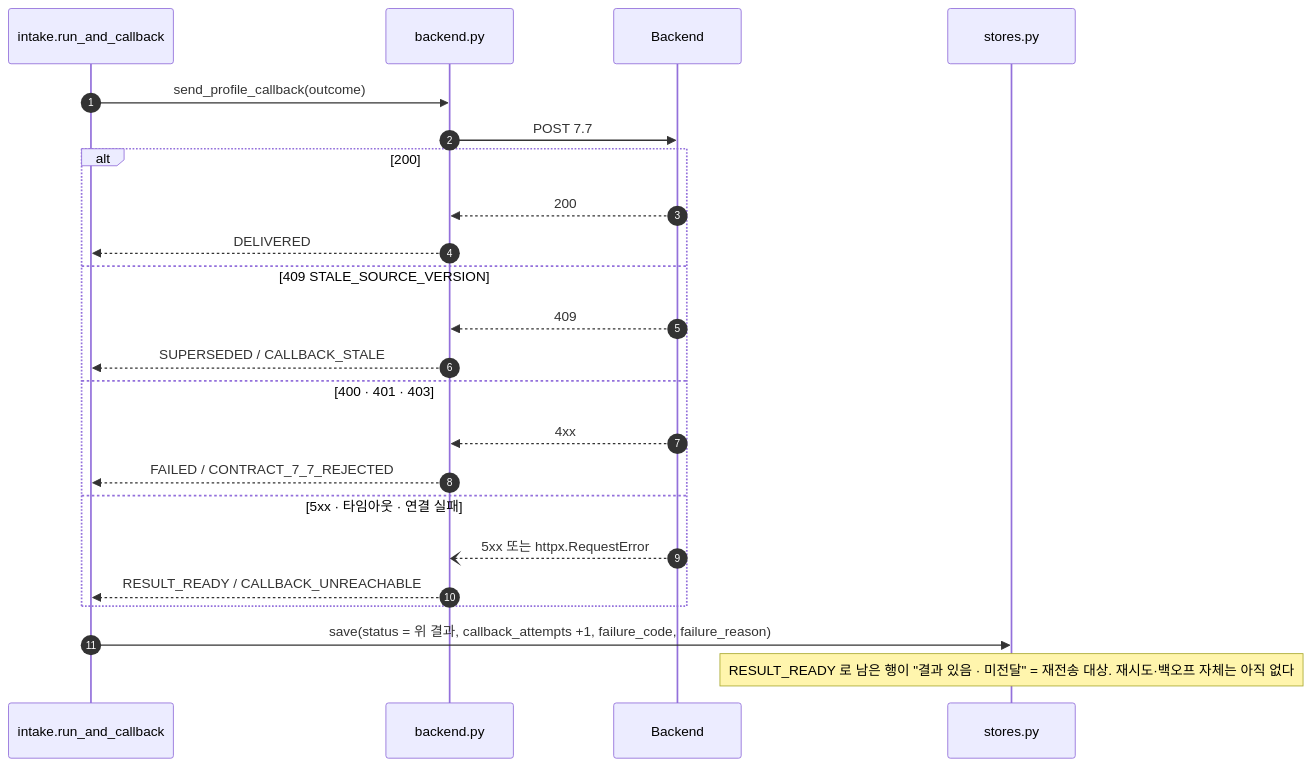
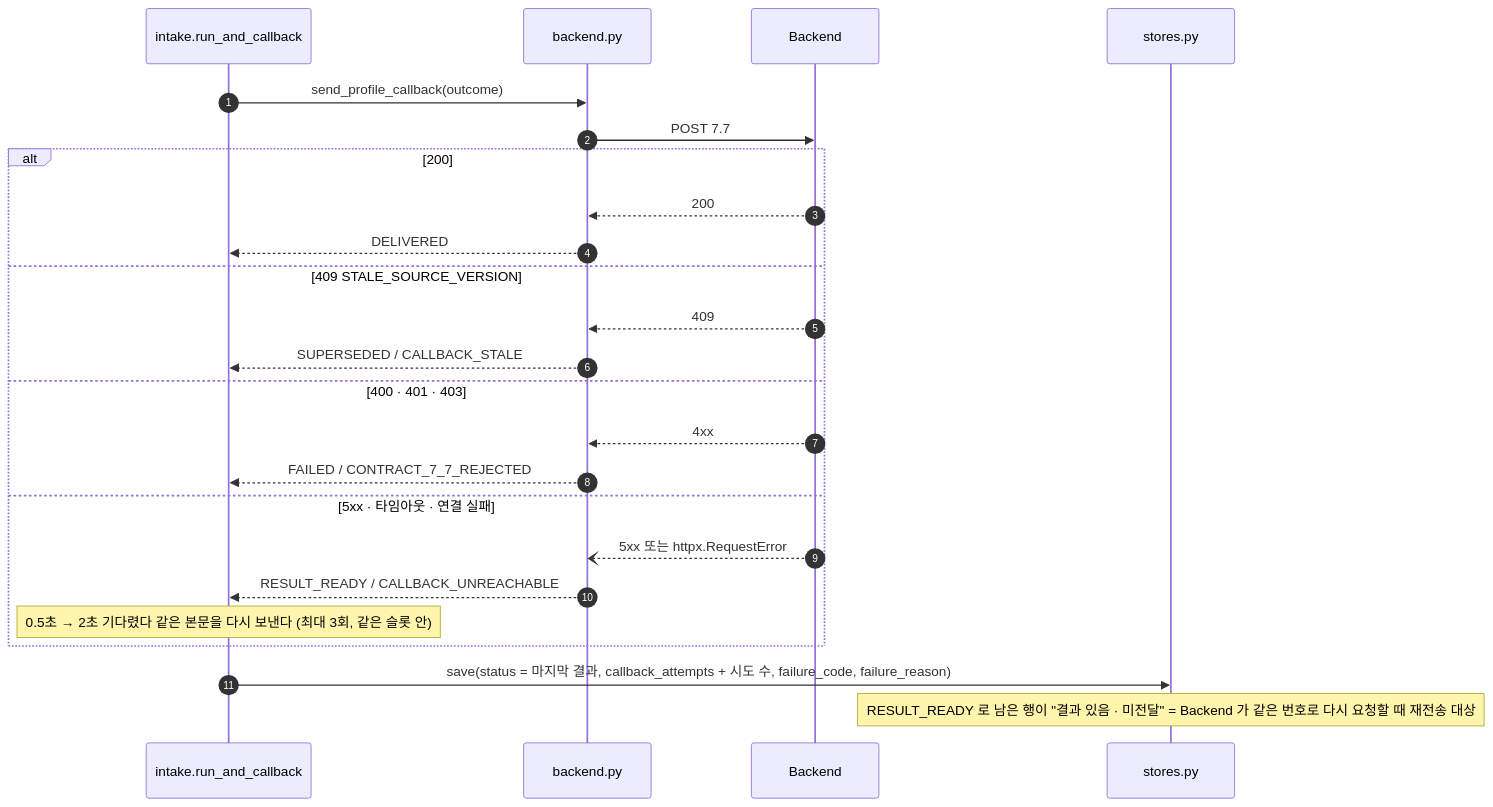
Before and after one commit to 100-hours-a-week/KTB4-12th-AI: the fifth of 6 diagrams in profiling/docs/시퀀스_전체.md, drawn with Mermaid. The commit also changed other lines of this file and 7 other files, not shown here.

````diff
--- a/profiling/docs/시퀀스_전체.md
+++ b/profiling/docs/시퀀스_전체.md
@@ -234,26 +234,27 @@
 ```mermaid
 sequenceDiagram
   autonumber
   participant R as intake.run_and_callback
   participant BP as backend.py
   participant BE as Backend
   participant ST as stores.py
 
   R->>BP: send_profile_callback(outcome)
   BP->>BE: POST 7.7
   alt 200
     BE-->>BP: 200
     BP-->>R: DELIVERED
   else 409 STALE_SOURCE_VERSION
     BE-->>BP: 409
     BP-->>R: SUPERSEDED / CALLBACK_STALE
   else 400 · 401 · 403
     BE-->>BP: 4xx
     BP-->>R: FAILED / CONTRACT_7_7_REJECTED
   else 5xx · 타임아웃 · 연결 실패
     BE--)BP: 5xx 또는 httpx.RequestError
     BP-->>R: RESULT_READY / CALLBACK_UNREACHABLE
+    Note over R: 0.5초 → 2초 기다렸다 같은 본문을 다시 보낸다 (최대 3회, 같은 슬롯 안)
   end
-  R->>ST: save(status = 위 결과, callback_attempts +1, failure_code, failure_reason)
-  Note over ST: RESULT_READY 로 남은 행이 "결과 있음 · 미전달" = 재전송 대상. 재시도·백오프 자체는 아직 없다
+  R->>ST: save(status = 마지막 결과, callback_attempts + 시도 수, failure_code, failure_reason)
+  Note over ST: RESULT_READY 로 남은 행이 "결과 있음 · 미전달" = Backend 가 같은 번호로 다시 요청할 때 재전송 대상
 ```
````
